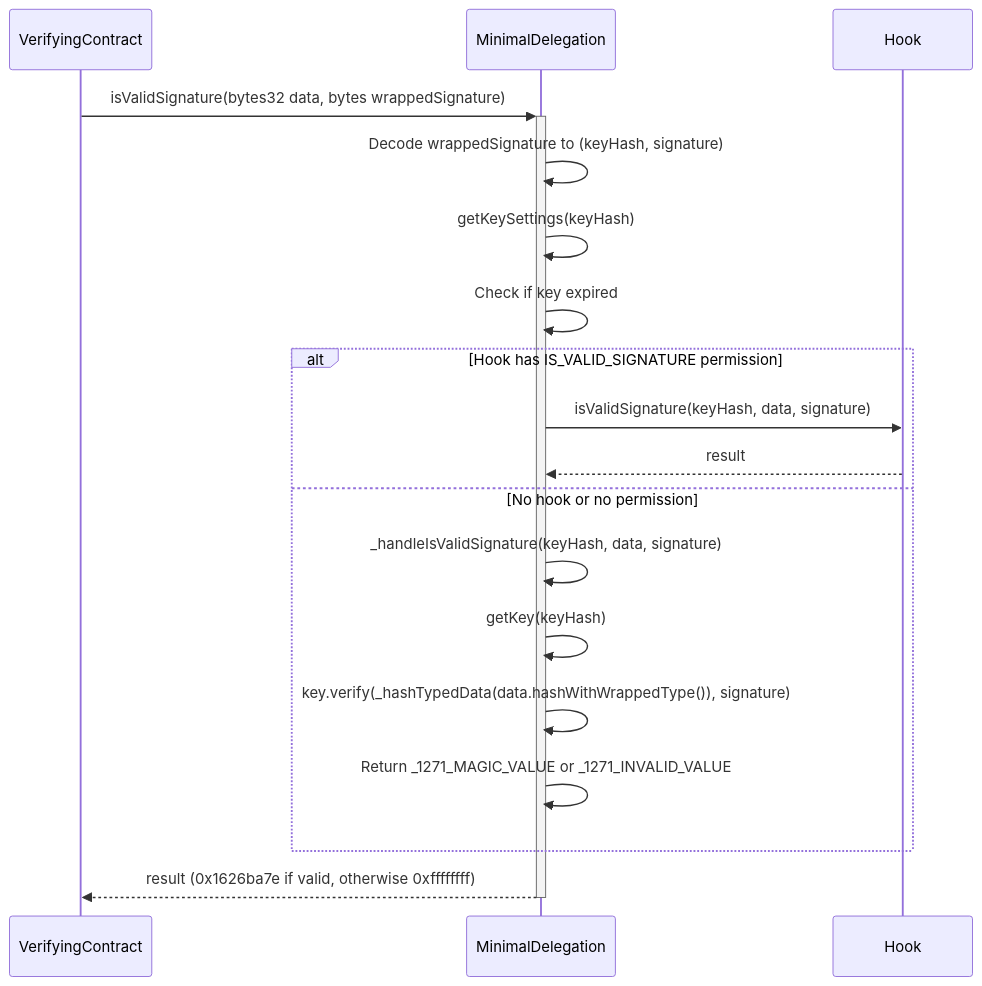
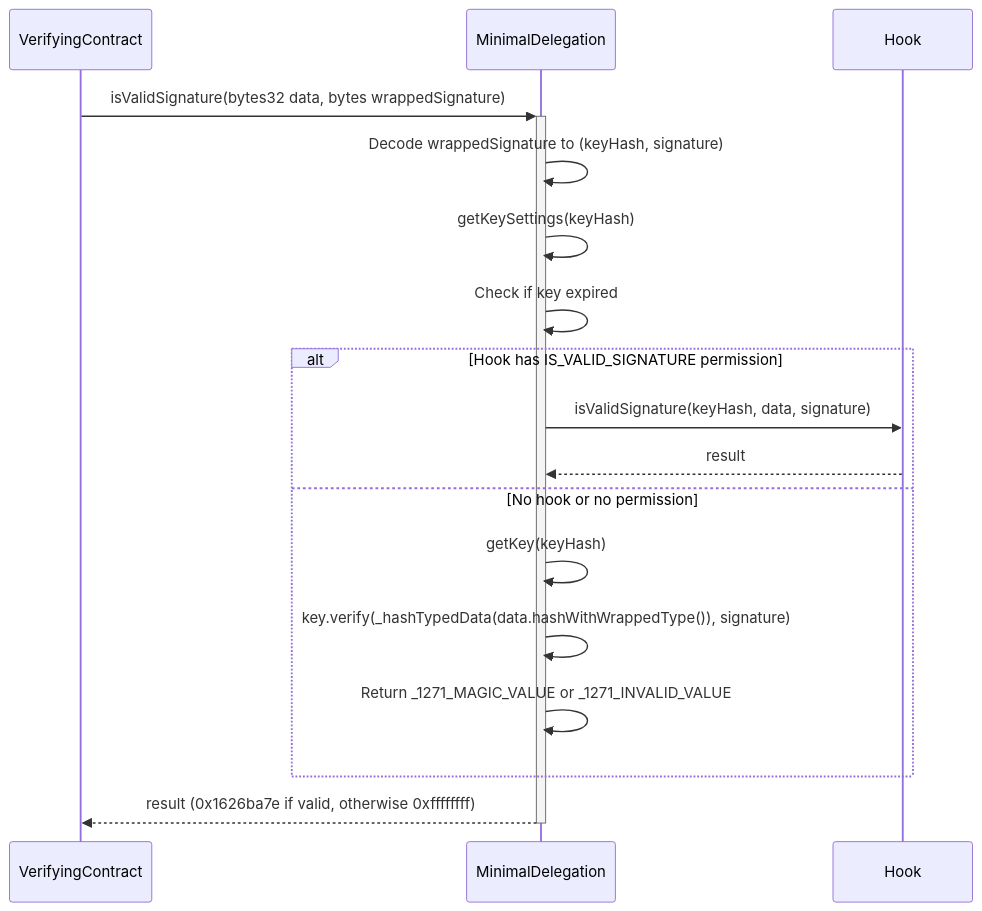
The sixth of 6 diagrams in README.md (Uniswap/minimal-delegation), drawn with Mermaid before and after one commit. The commit also changed other lines of this file and 3 other files, not shown here.

````diff
--- a/README.md
+++ b/README.md
@@ -238,24 +239,23 @@
 ```mermaid
 sequenceDiagram
     participant VerifyingContract
     participant Account as MinimalDelegation
     participant Hook
     
     VerifyingContract->>+Account: isValidSignature(bytes32 data, bytes wrappedSignature)
     
     Account->>Account: Decode wrappedSignature to (keyHash, signature)
     Account->>Account: getKeySettings(keyHash)
     Account->>Account: Check if key expired
     
     alt Hook has IS_VALID_SIGNATURE permission
         Account->>Hook: isValidSignature(keyHash, data, signature)
         Hook-->>Account: result
     else No hook or no permission
-        Account->>Account: _handleIsValidSignature(keyHash, data, signature)
         Account->>Account: getKey(keyHash)
         Account->>Account: key.verify(_hashTypedData(data.hashWithWrappedType()), signature)
         Account->>Account: Return _1271_MAGIC_VALUE or _1271_INVALID_VALUE
     end
     
     Account-->>-VerifyingContract: result (0x1626ba7e if valid, otherwise 0xffffffff)
 ```
````
